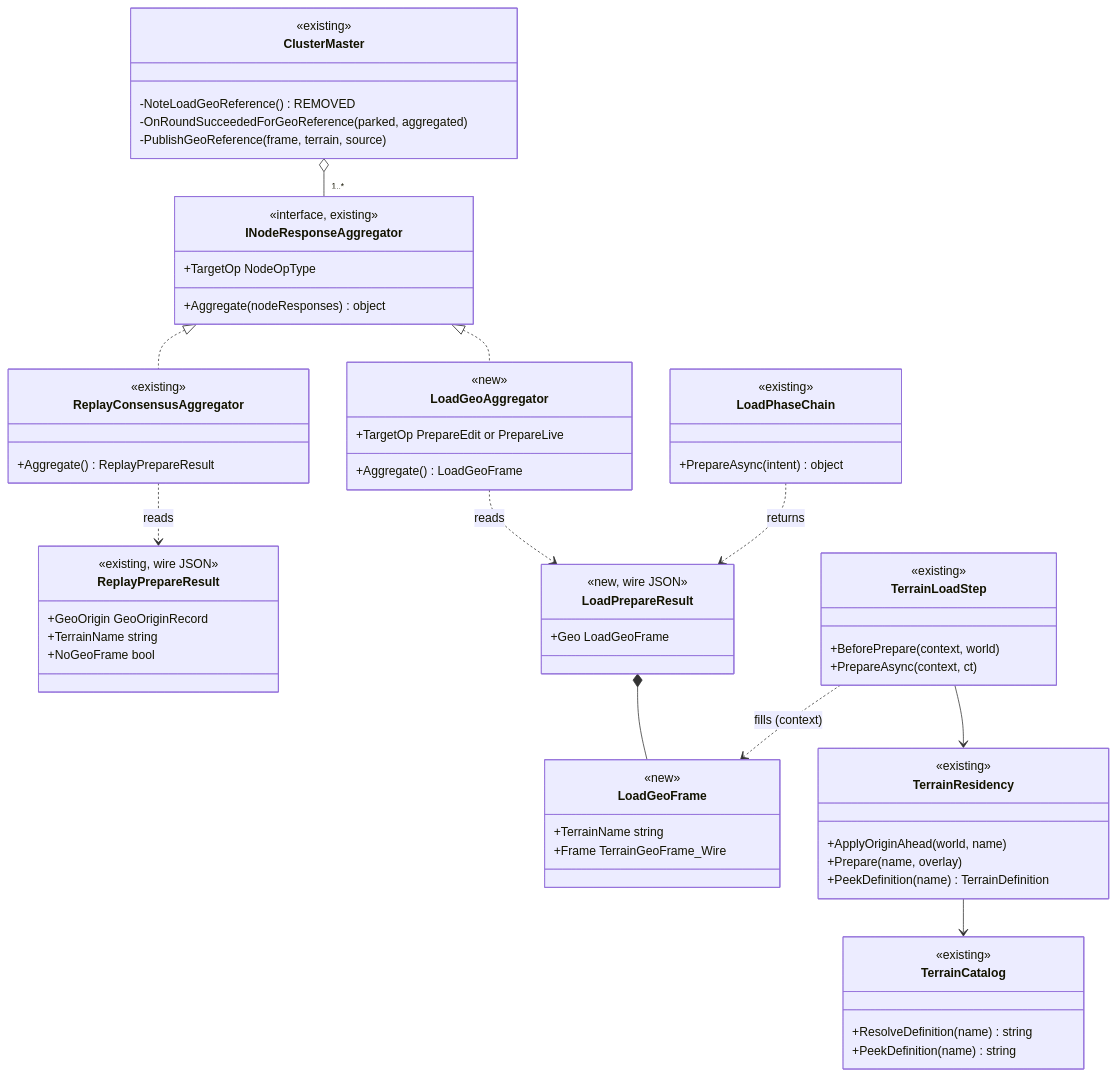
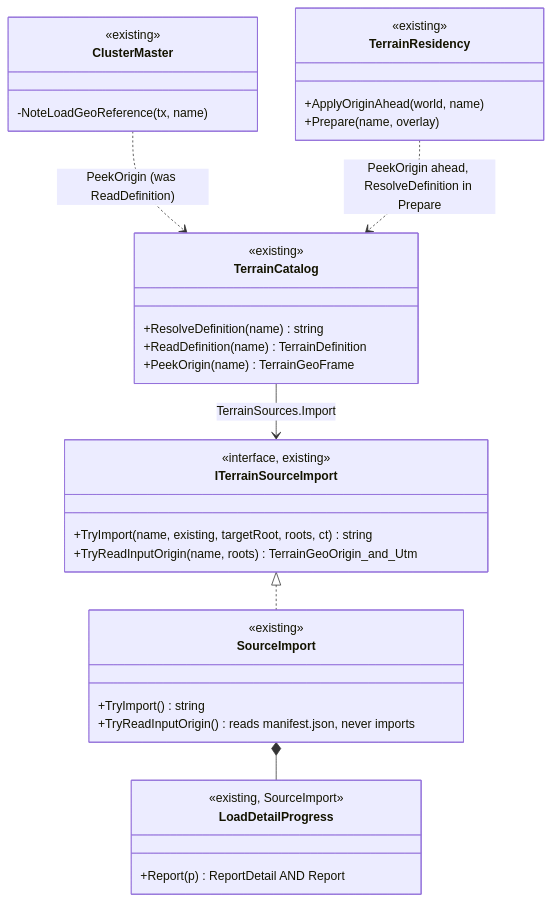
One commit to pjanec/HROT changed the first of 3 diagrams in docs/DESIGN_Load_GeoReference_From_Nodes.md. Above: the diagram before and after it, drawn with Mermaid. The commit also changed other lines of this file and 4 other files, not shown here.

First line of the commit message:
docs(terrain): DESIGN_Load_GeoReference_From_Nodes v2 after an independent review — the origin from the input set, no aggregator, no wire

````diff
--- a/docs/DESIGN_Load_GeoReference_From_Nodes.md
+++ b/docs/DESIGN_Load_GeoReference_From_Nodes.md
@@ -44,68 +44,37 @@
 ```mermaid
 classDiagram
-  class INodeResponseAggregator {
+  class ITerrainSourceImport {
     <<interface, existing>>
-    +TargetOp NodeOpType
-    +Aggregate(nodeResponses) object
+    +TryImport(name, existing, targetRoot, roots, ct) string
+    +TryReadInputOrigin(name, roots) TerrainGeoOrigin_and_Utm
   }
-  class ReplayConsensusAggregator {
+  class SourceImport {
     <<existing>>
-    +Aggregate() ReplayPrepareResult
+    +TryImport() string
+    +TryReadInputOrigin() reads manifest.json, never imports
   }
-  class ReplayPrepareResult {
-    <<existing, wire JSON>>
-    +GeoOrigin GeoOriginRecord
-    +TerrainName string
-    +NoGeoFrame bool
-  }
-  class LoadPrepareResult {
-    <<new, wire JSON>>
-    +Geo LoadGeoFrame
-  }
-  class LoadGeoFrame {
-    <<new>>
-    +TerrainName string
-    +Frame TerrainGeoFrame_Wire
-  }
-  class LoadGeoAggregator {
-    <<new>>
-    +TargetOp PrepareEdit or PrepareLive
-    +Aggregate() LoadGeoFrame
+  class TerrainCatalog {
+    <<existing>>
+    +ResolveDefinition(name) string
+    +ReadDefinition(name) TerrainDefinition
+    +PeekOrigin(name) TerrainGeoFrame
   }
   class ClusterMaster {
     <<existing>>
-    -NoteLoadGeoReference() REMOVED
-    -OnRoundSucceededForGeoReference(parked, aggregated)
-    -PublishGeoReference(frame, terrain, source)
-  }
-  class LoadPhaseChain {
-    <<existing>>
-    +PrepareAsync(intent) object
-  }
-  class TerrainLoadStep {
-    <<existing>>
-    +BeforePrepare(context, world)
-    +PrepareAsync(context, ct)
+    -NoteLoadGeoReference(tx, name)
   }
   class TerrainResidency {
     <<existing>>
     +ApplyOriginAhead(world, name)
     +Prepare(name, overlay)
-    +PeekDefinition(name) TerrainDefinition
   }
-  class TerrainCatalog {
-    <<existing>>
-    +ResolveDefinition(name) string
-    +PeekDefinition(name) string
+  class LoadDetailProgress {
+    <<existing, SourceImport>>
+    +Report(p) ReportDetail AND Report
   }
-  INodeResponseAggregator <|.. ReplayConsensusAggregator
-  INodeResponseAggregator <|.. LoadGeoAggregator
-  ReplayConsensusAggregator ..> ReplayPrepareResult : reads
-  LoadGeoAggregator ..> LoadPrepareResult : reads
-  LoadPrepareResult *-- LoadGeoFrame
-  LoadPhaseChain ..> LoadPrepareResult : returns
-  TerrainLoadStep ..> LoadGeoFrame : fills (context)
-  TerrainLoadStep --> TerrainResidency
-  TerrainResidency --> TerrainCatalog
-  ClusterMaster o-- "1..*" INodeResponseAggregator
+  ITerrainSourceImport <|.. SourceImport
+  TerrainCatalog --> ITerrainSourceImport : TerrainSources.Import
+  ClusterMaster ..> TerrainCatalog : PeekOrigin (was ReadDefinition)
+  TerrainResidency ..> TerrainCatalog : PeekOrigin ahead, ResolveDefinition in Prepare
+  SourceImport *-- LoadDetailProgress
 ```
````
